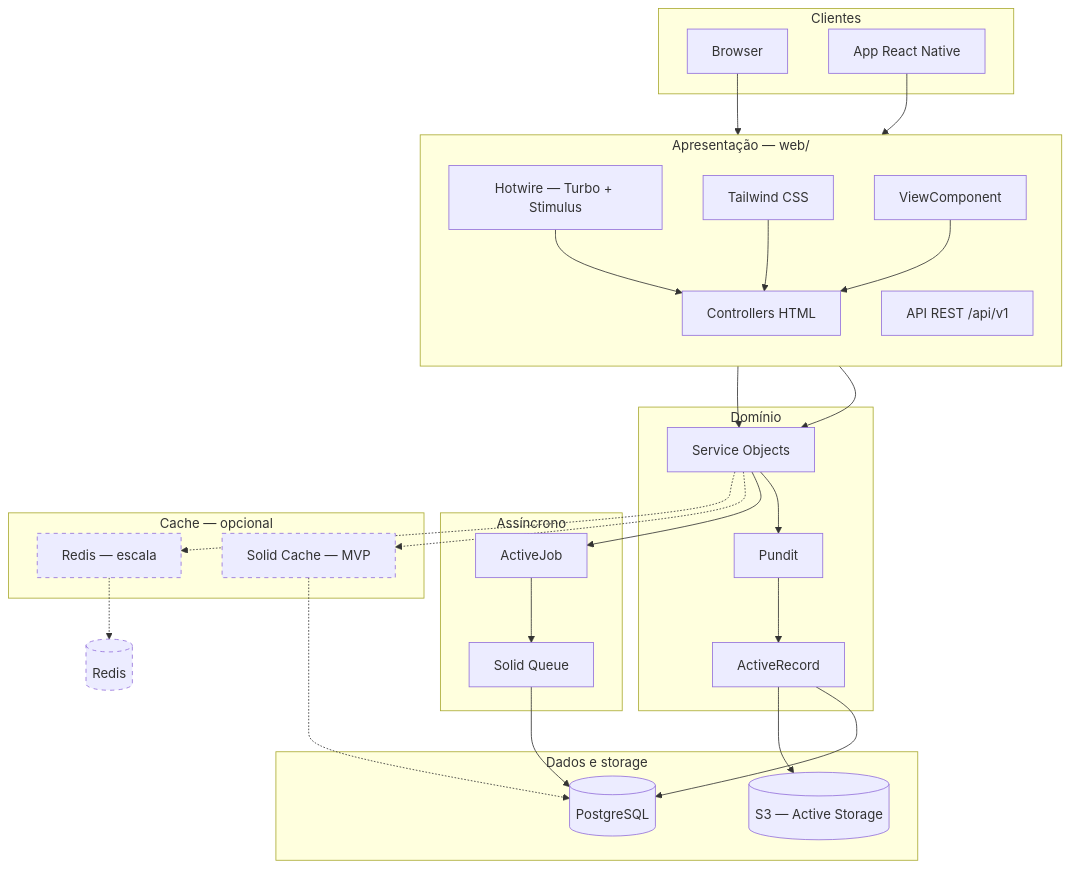
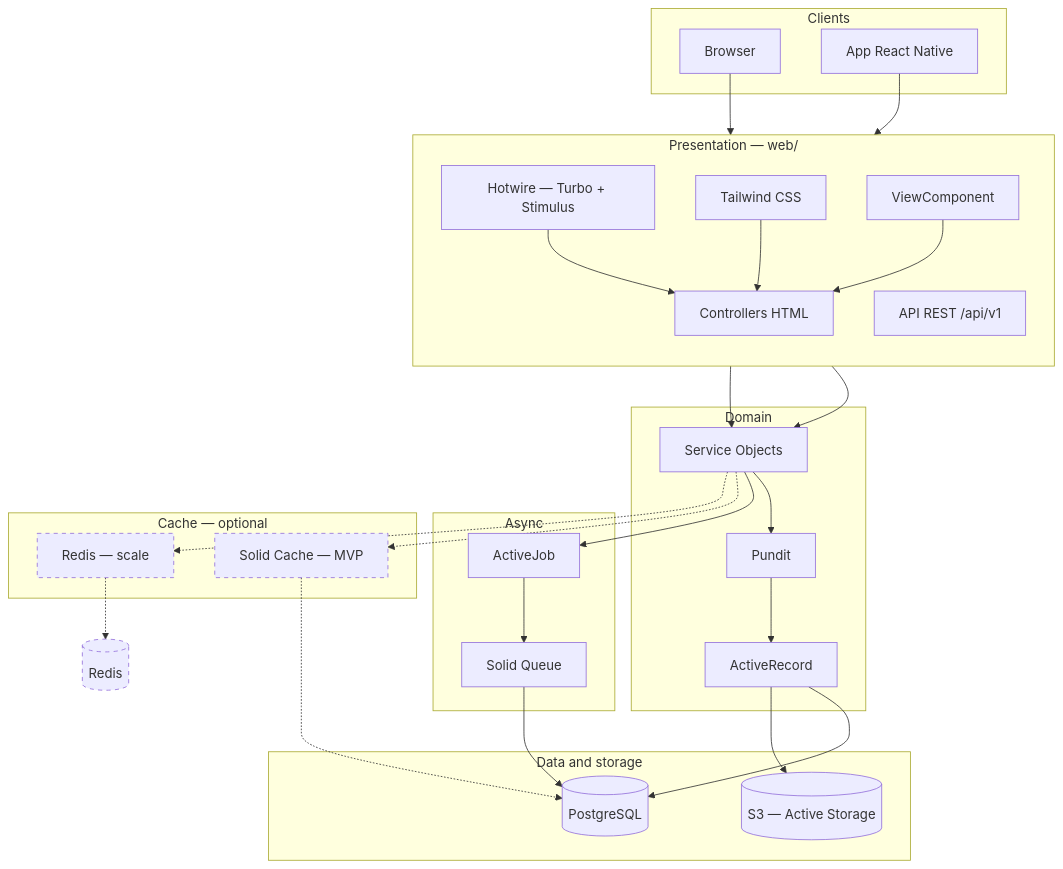
Before and after one commit to DLA-Solutions/school_lab: the second of 3 diagrams in docs/web-stack.md, drawn with Mermaid. The commit also changed other lines of this file and 6 other files, not shown here.

````diff
--- a/docs/web-stack.md
+++ b/docs/web-stack.md
@@ -219,64 +219,64 @@
 ```mermaid
 flowchart TB
-    subgraph clients [Clientes]
+    subgraph clients [Clients]
         Browser[Browser]
         MobileApp[App React Native]
     end
 
-    subgraph presentation [Apresentação — web/]
+    subgraph presentation [Presentation — web/]
         direction TB
         Hotwire[Hotwire — Turbo + Stimulus]
         Tailwind[Tailwind CSS]
         VC[ViewComponent]
         HTMLCtrl[Controllers HTML]
         API[API REST /api/v1]
     end
 
-    subgraph domain [Domínio]
+    subgraph domain [Domain]
         Services[Service Objects]
         Policies[Pundit]
         Models[ActiveRecord]
     end
 
-    subgraph async [Assíncrono]
+    subgraph async [Async]
         ActiveJob[ActiveJob]
         SolidQueue[Solid Queue]
     end
 
-    subgraph data [Dados e storage]
+    subgraph data [Data and storage]
         PG[(PostgreSQL)]
         S3[(S3 — Active Storage)]
     end
 
-    subgraph cache [Cache — opcional]
+    subgraph cache [Cache — optional]
         SolidCache[Solid Cache — MVP]
-        RedisCache[Redis — escala]
+        RedisCache[Redis — scale]
     end
 
     Browser --> Hotwire
     Hotwire --> HTMLCtrl
     Tailwind --> HTMLCtrl
     VC --> HTMLCtrl
 
     MobileApp --> API
 
     HTMLCtrl --> Services
     API --> Services
     Services --> Policies
     Policies --> Models
 
     Services --> ActiveJob
     ActiveJob --> SolidQueue
     SolidQueue --> PG
 
     Models --> PG
     Models --> S3
 
     Services -.-> SolidCache
     SolidCache -.-> PG
     Services -.-> RedisCache
     RedisCache -.-> Redis[(Redis)]
 
     classDef optional stroke-dasharray: 5 5
     class SolidCache,RedisCache,Redis optional
 ```
````
